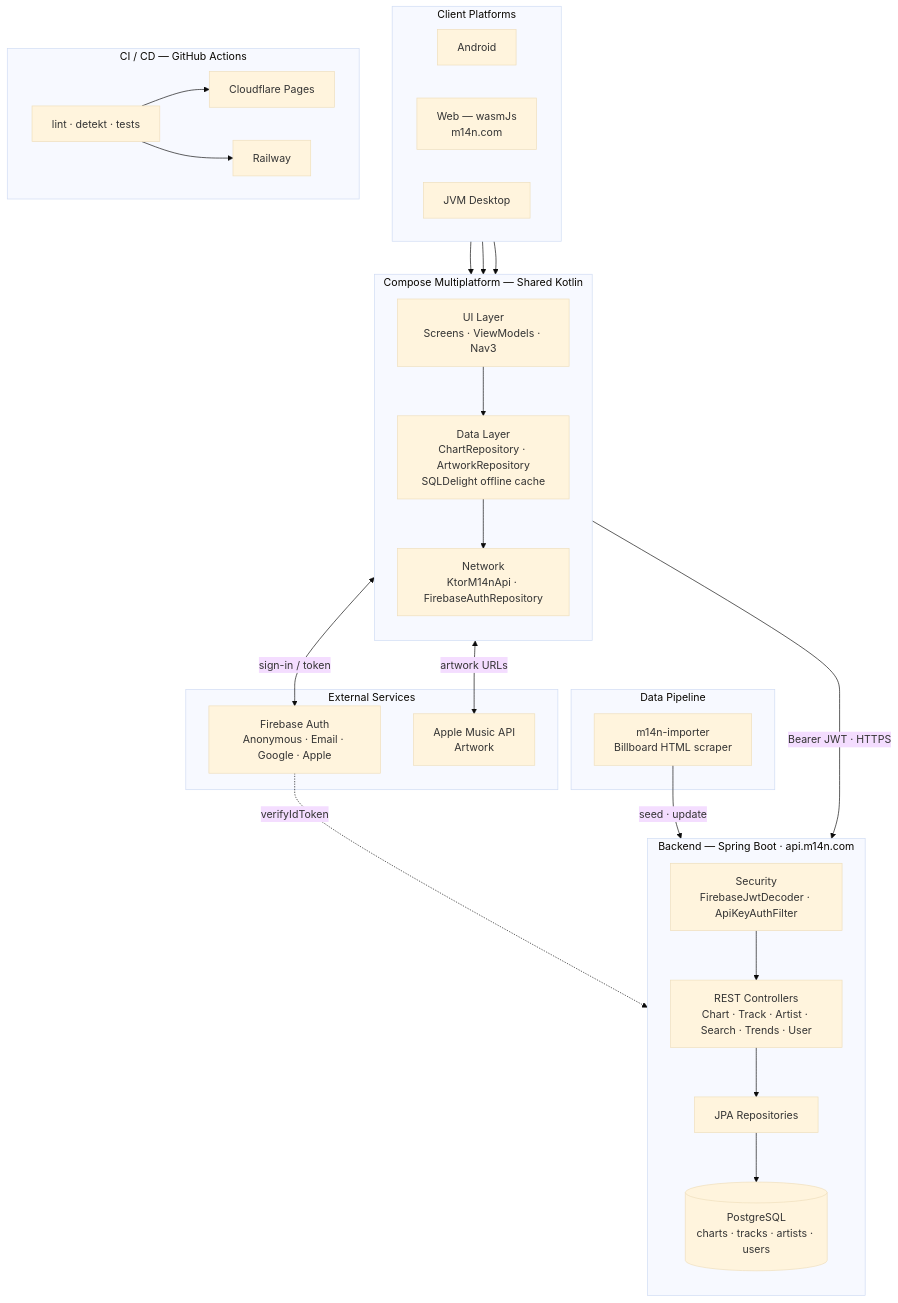
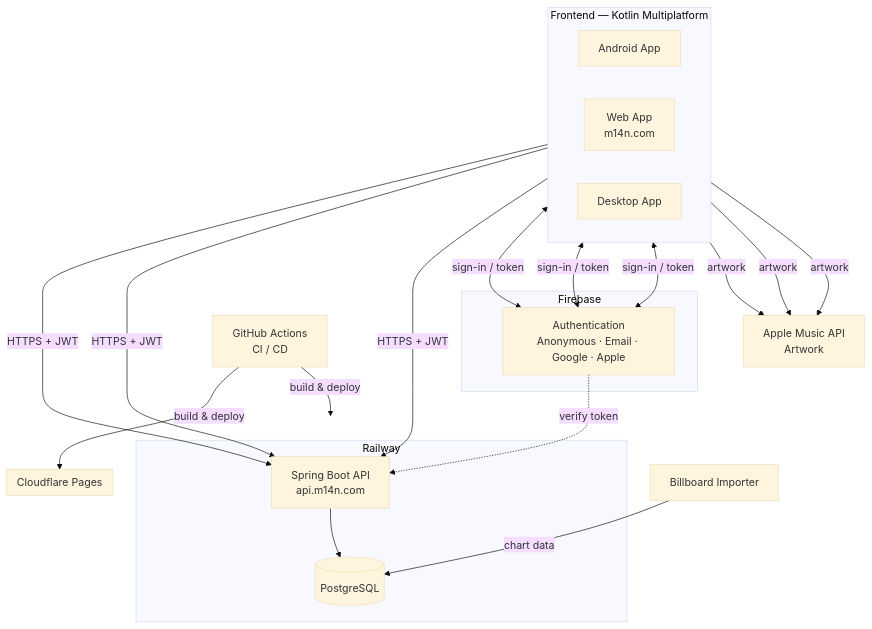
One commit to adjorno/billib changed the diagram in README.md. Above: the diagram before and after it, drawn with Mermaid (base theme).

Commit message:
Docs: simplify architecture diagram to system level (#138)
Remove source code detail (class names, layers, imports).
Show deployment topology instead: Railway (API + PostgreSQL),
Cloudflare Pages (web), Firebase (auth), Apple Music API, Billboard
importer, and GitHub Actions CI/CD.

````diff
--- a/README.md
+++ b/README.md
@@ -11,54 +11,35 @@
 ```mermaid
 graph TD
-    subgraph clients["Client Platforms"]
+    subgraph frontend["Frontend — Kotlin Multiplatform"]
         direction LR
-        AN["Android"]
-        WEB["Web — wasmJs\nm14n.com"]
-        JVM["JVM Desktop"]
+        Android["Android App"]
+        Web["Web App\nm14n.com"]
+        Desktop["Desktop App"]
     end
 
-    subgraph kmp["Compose Multiplatform — Shared Kotlin"]
-        direction TB
-        UI["UI Layer\nScreens · ViewModels · Nav3"]
-        DATA["Data Layer\nChartRepository · ArtworkRepository\nSQLDelight offline cache"]
-        NET["Network\nKtorM14nApi · FirebaseAuthRepository"]
+    subgraph firebase["Firebase"]
+        Auth["Authentication\nAnonymous · Email · Google · Apple"]
     end
 
-    subgraph ext["External Services"]
-        FB["Firebase Auth\nAnonymous · Email · Google · Apple"]
-        AM["Apple Music API\nArtwork"]
+    subgraph railway["Railway"]
+        API["Spring Boot API\napi.m14n.com"]
+        DB[("PostgreSQL")]
+        API --> DB
     end
 
-    subgraph backend["Backend — Spring Boot · api.m14n.com"]
-        direction TB
-        SEC["Security\nFirebaseJwtDecoder · ApiKeyAuthFilter"]
-        CTRL["REST Controllers\nChart · Track · Artist · Search · Trends · User"]
-        DAL["JPA Repositories"]
-        PG[("PostgreSQL\ncharts · tracks · artists · users")]
+    subgraph cloudflare["Cloudflare Pages"]
+        Web
     end
 
-    subgraph pipeline["Data Pipeline"]
-        IMP["m14n-importer\nBillboard HTML scraper"]
-    end
+    AppleMusic["Apple Music API\nArtwork"]
+    Importer["Billboard Importer"]
+    GHA["GitHub Actions\nCI / CD"]
 
-    subgraph cicd["CI / CD — GitHub Actions"]
-        direction LR
-        GHA["lint · detekt · tests"]
-        CF["Cloudflare Pages"]
-        RW["Railway"]
-    end
-
-    AN & WEB & JVM --> UI
-    UI --> DATA
-    DATA --> NET
-    NET <-->|sign-in / token| FB
-    NET -->|Bearer JWT · HTTPS| SEC
-    NET <-->|artwork URLs| AM
-    FB -.->|verifyIdToken| SEC
-    SEC --> CTRL
-    CTRL --> DAL
-    DAL --> PG
-    IMP -->|seed · update| PG
-    GHA --> CF
-    GHA --> RW
+    Android & Web & Desktop -->|HTTPS + JWT| API
+    Android & Web & Desktop <-->|sign-in / token| Auth
+    Auth -.->|verify token| API
+    Android & Web & Desktop -->|artwork| AppleMusic
+    Importer -->|chart data| DB
+    GHA -->|build & deploy| cloudflare
+    GHA -->|build & deploy| railway
 ```
````
